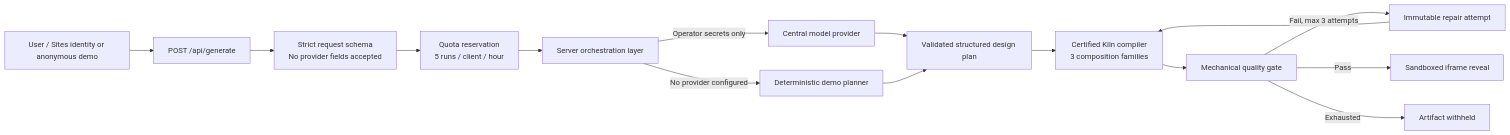
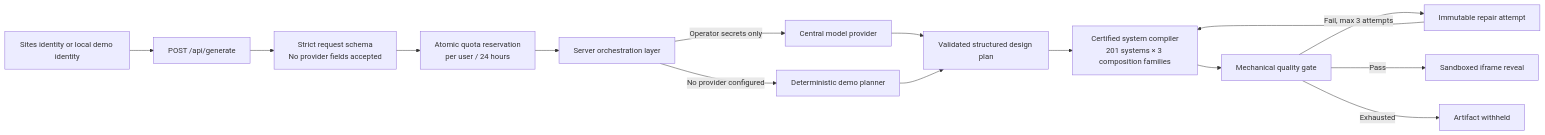
One commit to ardamoustafa1/DesignOS changed the diagram in studio/README.md. Above: the diagram before and after it, drawn with Mermaid. The commit also changed other lines of this file and 462 other files, not shown here.

````diff
--- a/studio/README.md
+++ b/studio/README.md
@@ -9,17 +9,17 @@
 ```mermaid
 flowchart LR
-  U["User / Sites identity or anonymous demo"] --> A["POST /api/generate"]
+  U["Sites identity or local demo identity"] --> A["POST /api/generate"]
   A --> V["Strict request schema<br/>No provider fields accepted"]
-  V --> Q["Quota reservation<br/>5 runs / client / hour"]
+  V --> Q["Atomic quota reservation<br/>per user / 24 hours"]
   Q --> O["Server orchestration layer"]
   O -->|"Operator secrets only"| P["Central model provider"]
   O -->|"No provider configured"| D["Deterministic demo planner"]
   P --> S["Validated structured design plan"]
   D --> S
-  S --> C["Certified Kiln compiler<br/>3 composition families"]
+  S --> C["Certified system compiler<br/>201 systems × 3 composition families"]
   C --> G["Mechanical quality gate"]
   G -->|"Fail, max 3 attempts"| R["Immutable repair attempt"]
   R --> C
   G -->|"Pass"| X["Sandboxed iframe reveal"]
   G -->|"Exhausted"| H["Artifact withheld"]
 ```
````
